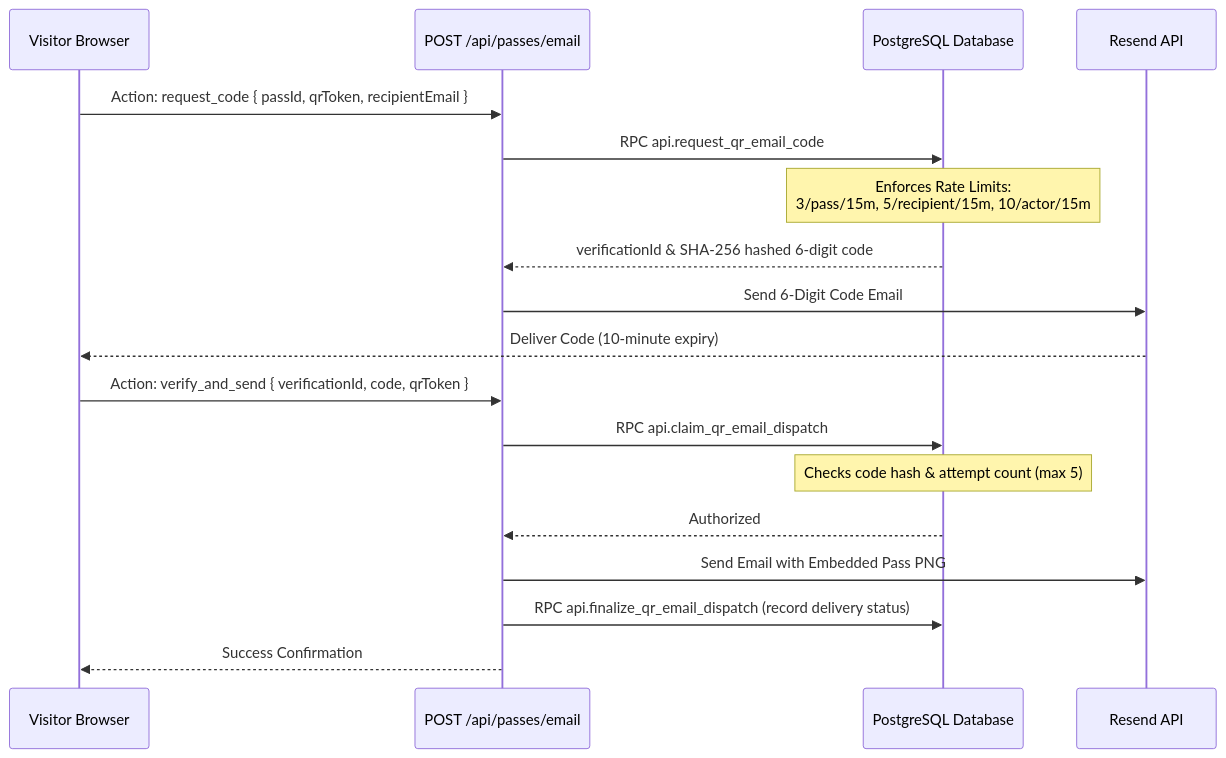
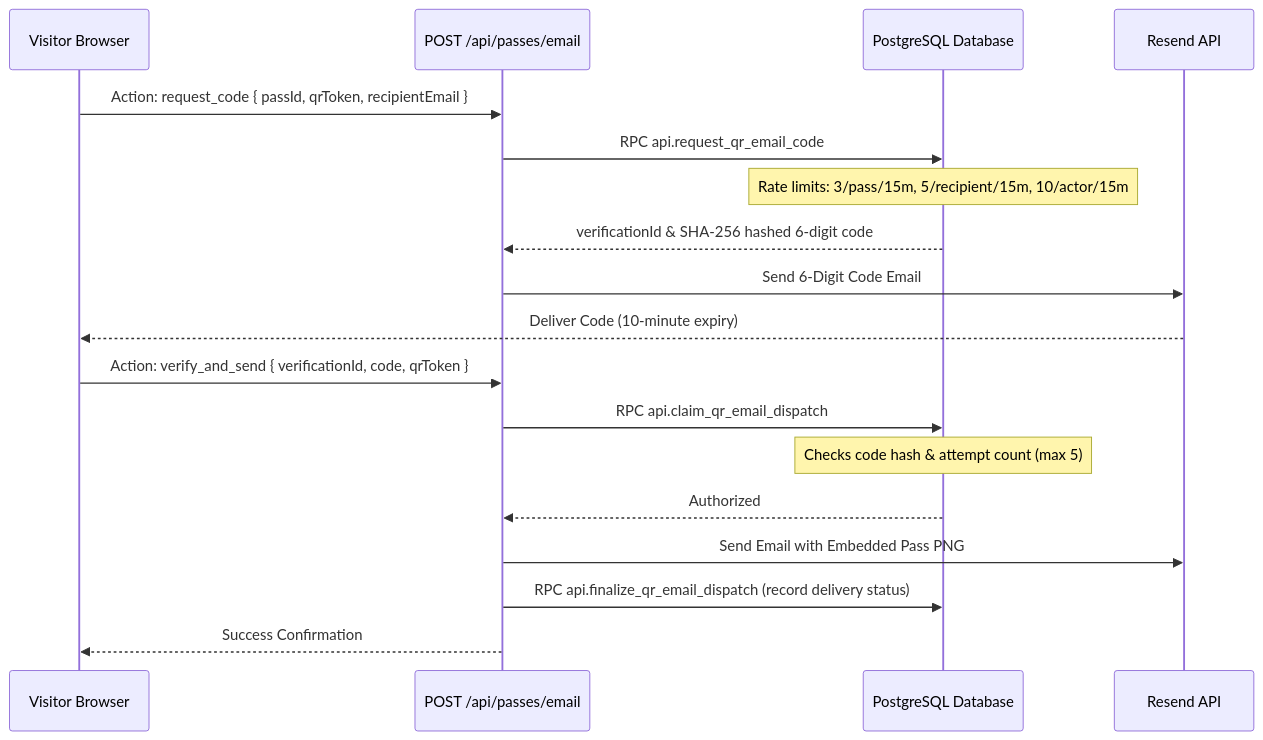
Before and after one commit to jsphhbna/egatepass: diagram 11 of 13 in docs/SECURITY.md, drawn with Mermaid. The commit also changed other lines of this file and 12 other files, not shown here.

Commit message:
docs: fix Mermaid rendering and documentation drift

````diff
--- a/docs/SECURITY.md
+++ b/docs/SECURITY.md
@@ -351,22 +351,22 @@
 ```mermaid
 sequenceDiagram
     participant V as Visitor Browser
     participant API as POST /api/passes/email
     participant DB as PostgreSQL Database
     participant Resend as Resend API
 
     V->>API: Action: request_code { passId, qrToken, recipientEmail }
     API->>DB: RPC api.request_qr_email_code
-    Note over DB: Enforces Rate Limits:<br/>3/pass/15m, 5/recipient/15m, 10/actor/15m
+    Note over DB: Rate limits: 3/pass/15m, 5/recipient/15m, 10/actor/15m
     DB-->>API: verificationId & SHA-256 hashed 6-digit code
     API->>Resend: Send 6-Digit Code Email
     Resend-->>V: Deliver Code (10-minute expiry)
 
     V->>API: Action: verify_and_send { verificationId, code, qrToken }
     API->>DB: RPC api.claim_qr_email_dispatch
     Note over DB: Checks code hash & attempt count (max 5)
     DB-->>API: Authorized
     API->>Resend: Send Email with Embedded Pass PNG
     API->>DB: RPC api.finalize_qr_email_dispatch (record delivery status)
     API-->>V: Success Confirmation
 ```
````
